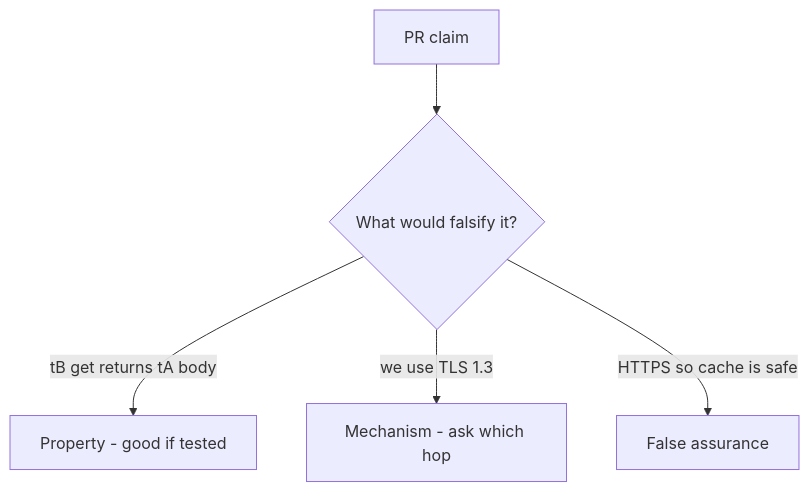
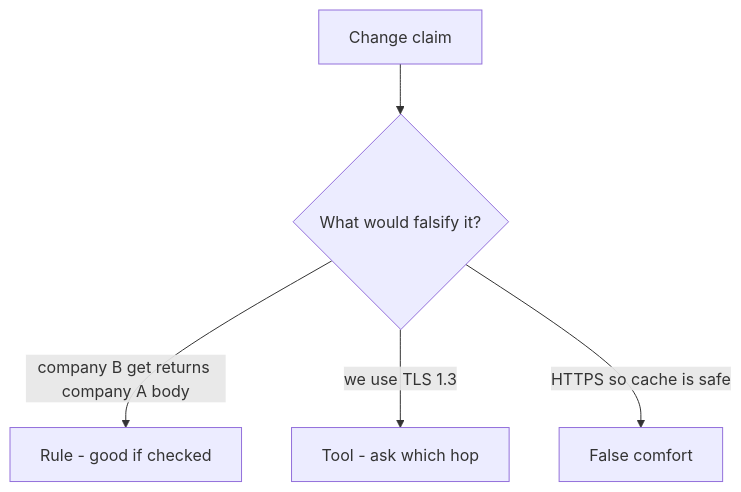
The diagram in content/modules/2/2.2/lessons/08-review.md (ishitvagoel/LearnSecurity), drawn with Mermaid before and after one commit. The commit also changed other lines of this file and 7 other files, not shown here.

````diff
--- a/content/modules/2/2.2/lessons/08-review.md
+++ b/content/modules/2/2.2/lessons/08-review.md
@@ -17,7 +18,7 @@
 ```mermaid
 flowchart TD
-  Claim[PR claim] --> Q{What would falsify it?}
-  Q -->|tB get returns tA body| Property["Property - good if tested"]
-  Q -->|"we use TLS 1.3"| Mechanism[Mechanism - ask which hop]
-  Q -->|HTTPS so cache is safe| False[False assurance]
+  Claim[Change claim] --> Q{What would falsify it?}
+  Q -->|company B get returns company A body| Property["Rule - good if checked"]
+  Q -->|"we use TLS 1.3"| Mechanism[Tool - ask which hop]
+  Q -->|HTTPS so cache is safe| False[False comfort]
 ```
````
